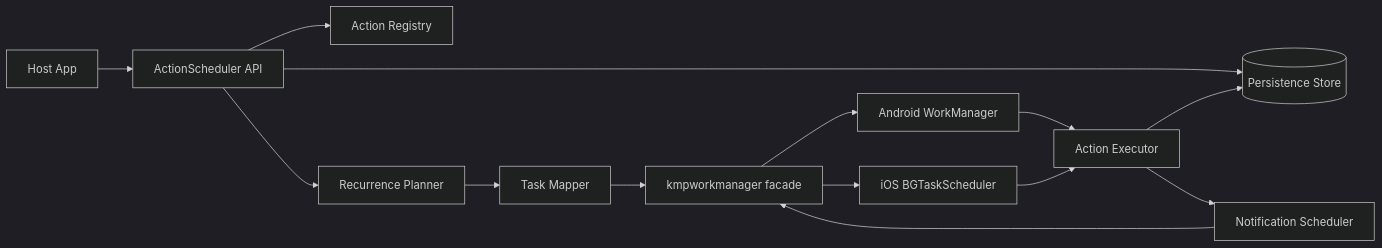
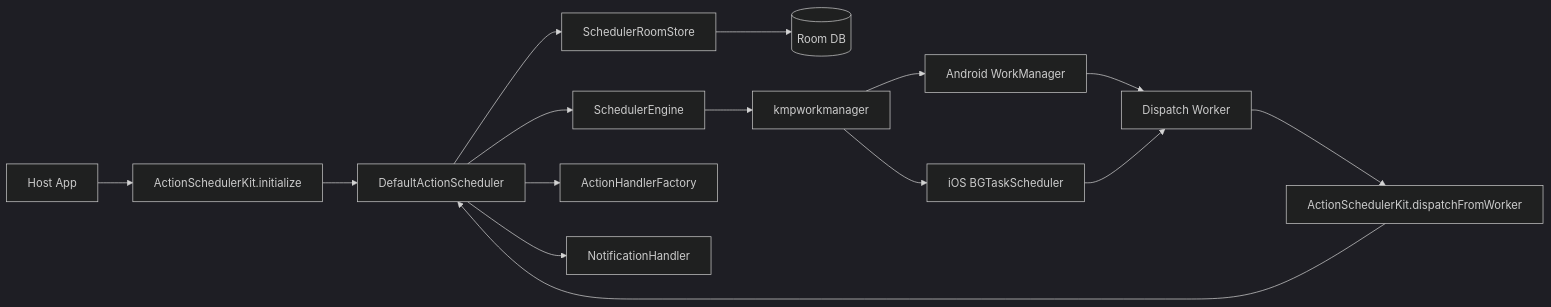
Before and after one commit to pv-libs/ActionSchedulerSDK: the first of 2 diagrams in action_scheduler/docs/hld.md, drawn with Mermaid (dark theme). The commit also changed other lines of this file and 1 other file, not shown here.

````diff
--- a/action_scheduler/docs/hld.md
+++ b/action_scheduler/docs/hld.md
@@ -54,16 +73,21 @@
 ```mermaid
 flowchart LR
-    App[Host App] --> API[ActionScheduler API]
-    API --> Registry[Action Registry]
-    API --> Planner[Recurrence Planner]
-    API --> Store[(Persistence Store)]
-    Planner --> Mapper[Task Mapper]
-    Mapper --> KmpWM[kmpworkmanager facade]
-    KmpWM --> AWM[Android WorkManager]
-    KmpWM --> IBG[iOS BGTaskScheduler]
-    AWM --> Executor[Action Executor]
-    IBG --> Executor
-    Executor --> Store
-    Executor --> Notif[Notification Scheduler]
-    Notif --> KmpWM
+    App[Host App] --> Kit[ActionSchedulerKit.initialize]
+    Kit --> Scheduler[DefaultActionScheduler]
+
+    Scheduler --> Store[SchedulerRoomStore]
+    Store --> DB[(Room DB)]
+
+    Scheduler --> Engine[SchedulerEngine]
+    Engine --> KWM[kmpworkmanager]
+    KWM --> AWM[Android WorkManager]
+    KWM --> BG[iOS BGTaskScheduler]
+
+    AWM --> Worker[Dispatch Worker]
+    BG --> Worker
+    Worker --> KitDispatch[ActionSchedulerKit.dispatchFromWorker]
+    KitDispatch --> Scheduler
+
+    Scheduler --> Factory[ActionHandlerFactory]
+    Scheduler --> Notif[NotificationHandler]
 ```
````
